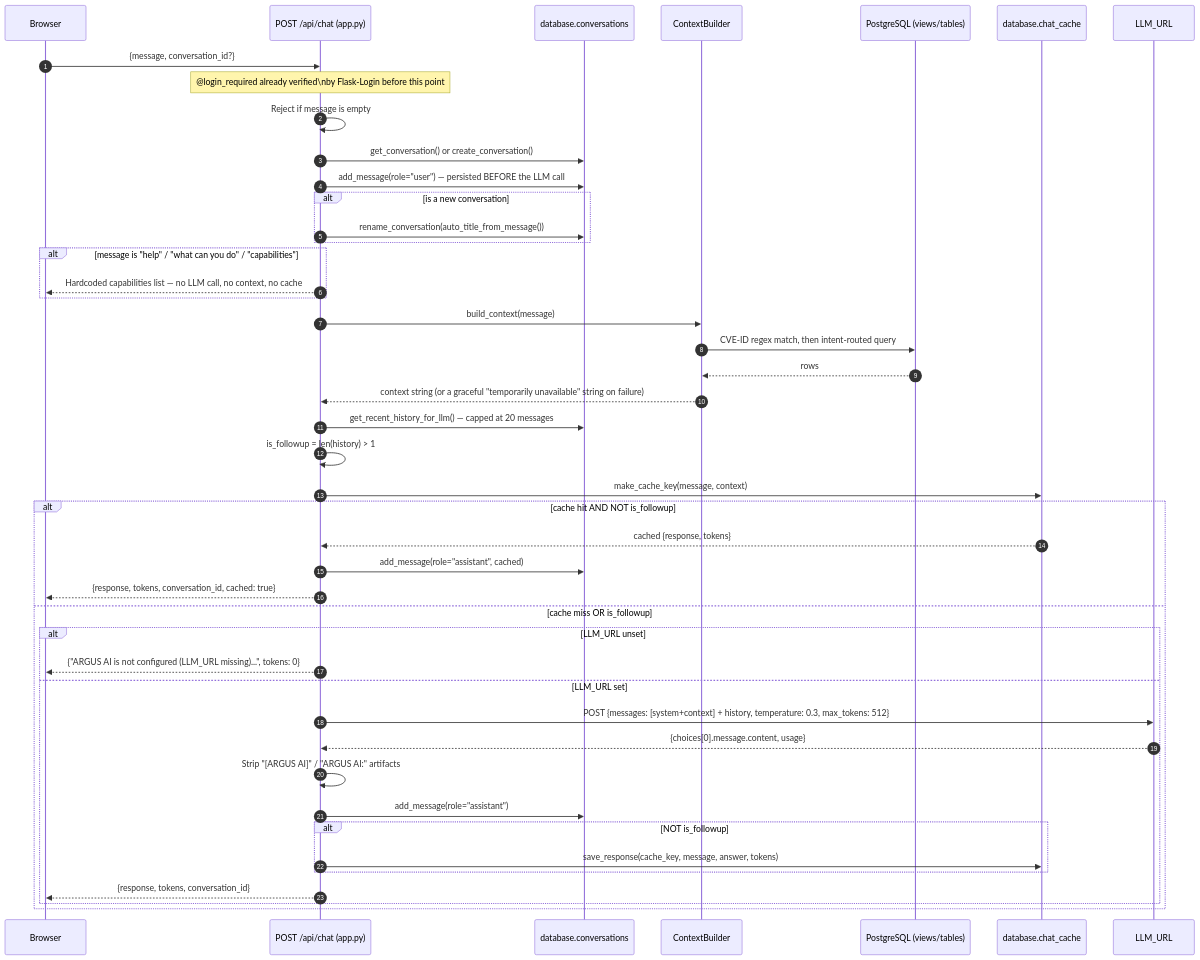
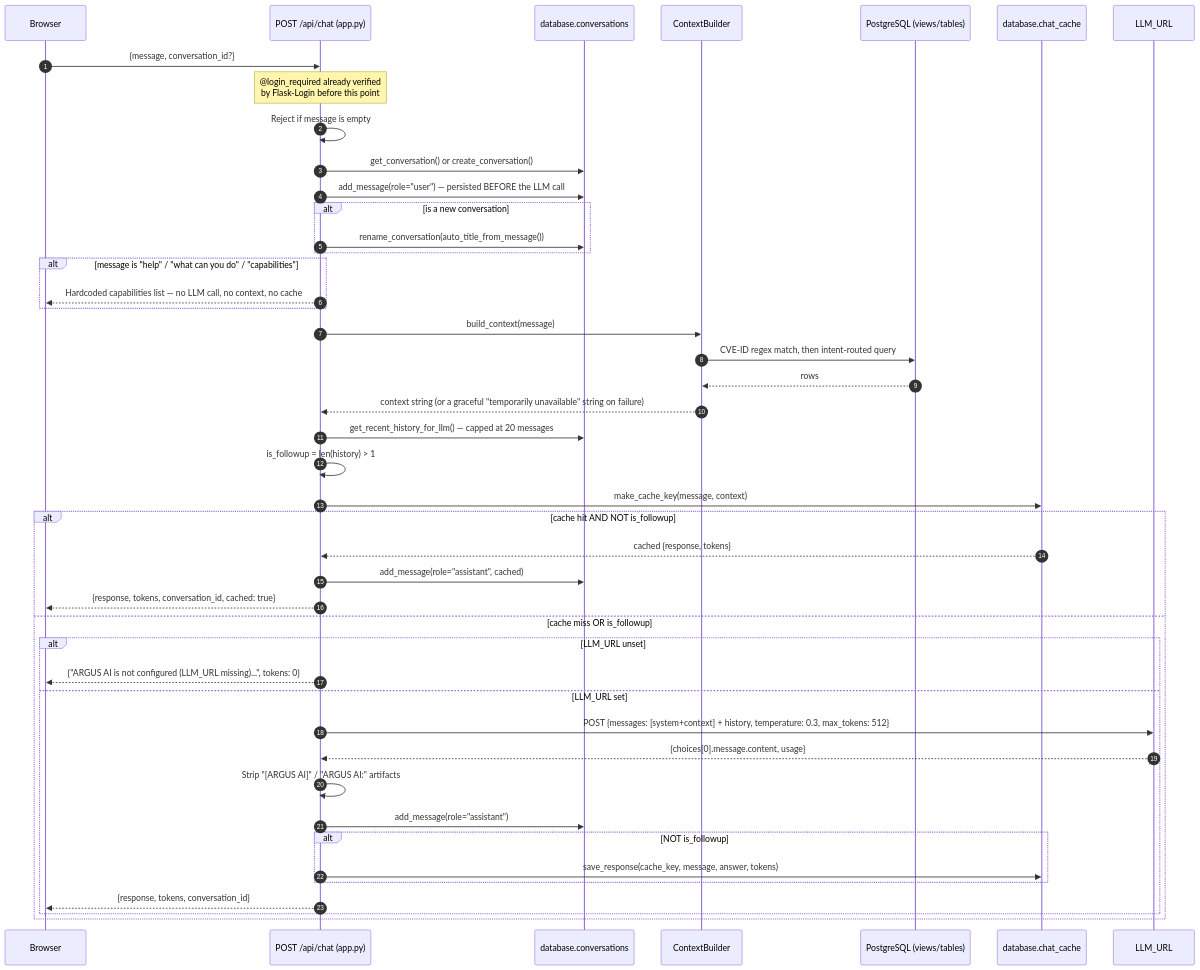
Before and after one commit to demuuus/argus: the second of 7 diagrams in docs/AI.md, drawn with Mermaid. The commit also changed 1 other file, not shown here.

````diff
--- a/docs/AI.md
+++ b/docs/AI.md
@@ -156,48 +156,48 @@
 ```mermaid
 sequenceDiagram
     autonumber
     participant U as Browser
     participant F as POST /api/chat (app.py)
     participant Conv as database.conversations
     participant CB as ContextBuilder
     participant DB as PostgreSQL (views/tables)
     participant Cache as database.chat_cache
     participant LLM as LLM_URL
 
     U->>F: {message, conversation_id?}
-    Note over F: @login_required already verified\nby Flask-Login before this point
+    Note over F: @login_required already verified<br/>by Flask-Login before this point
     F->>F: Reject if message is empty
     F->>Conv: get_conversation() or create_conversation()
     F->>Conv: add_message(role="user") — persisted BEFORE the LLM call
     alt is a new conversation
         F->>Conv: rename_conversation(auto_title_from_message())
     end
     alt message is "help" / "what can you do" / "capabilities"
         F-->>U: Hardcoded capabilities list — no LLM call, no context, no cache
     end
     F->>CB: build_context(message)
     CB->>DB: CVE-ID regex match, then intent-routed query
     DB-->>CB: rows
     CB-->>F: context string (or a graceful "temporarily unavailable" string on failure)
     F->>Conv: get_recent_history_for_llm() — capped at 20 messages
     F->>F: is_followup = len(history) > 1
     F->>Cache: make_cache_key(message, context)
     alt cache hit AND NOT is_followup
         Cache-->>F: cached {response, tokens}
         F->>Conv: add_message(role="assistant", cached)
         F-->>U: {response, tokens, conversation_id, cached: true}
     else cache miss OR is_followup
         alt LLM_URL unset
             F-->>U: {"ARGUS AI is not configured (LLM_URL missing)...", tokens: 0}
         else LLM_URL set
             F->>LLM: POST {messages: [system+context] + history, temperature: 0.3, max_tokens: 512}
             LLM-->>F: {choices[0].message.content, usage}
             F->>F: Strip "[ARGUS AI]" / "ARGUS AI:" artifacts
             F->>Conv: add_message(role="assistant")
             alt NOT is_followup
                 F->>Cache: save_response(cache_key, message, answer, tokens)
             end
             F-->>U: {response, tokens, conversation_id}
         end
     end
 ```
````
